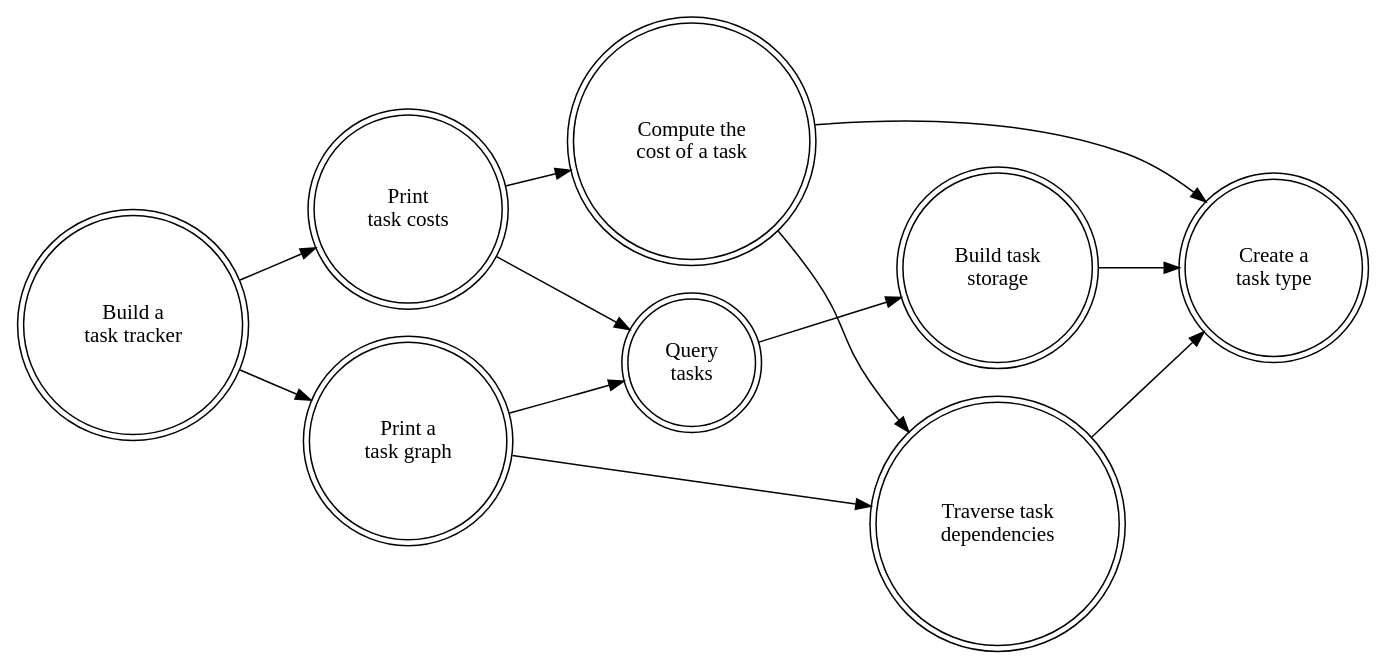
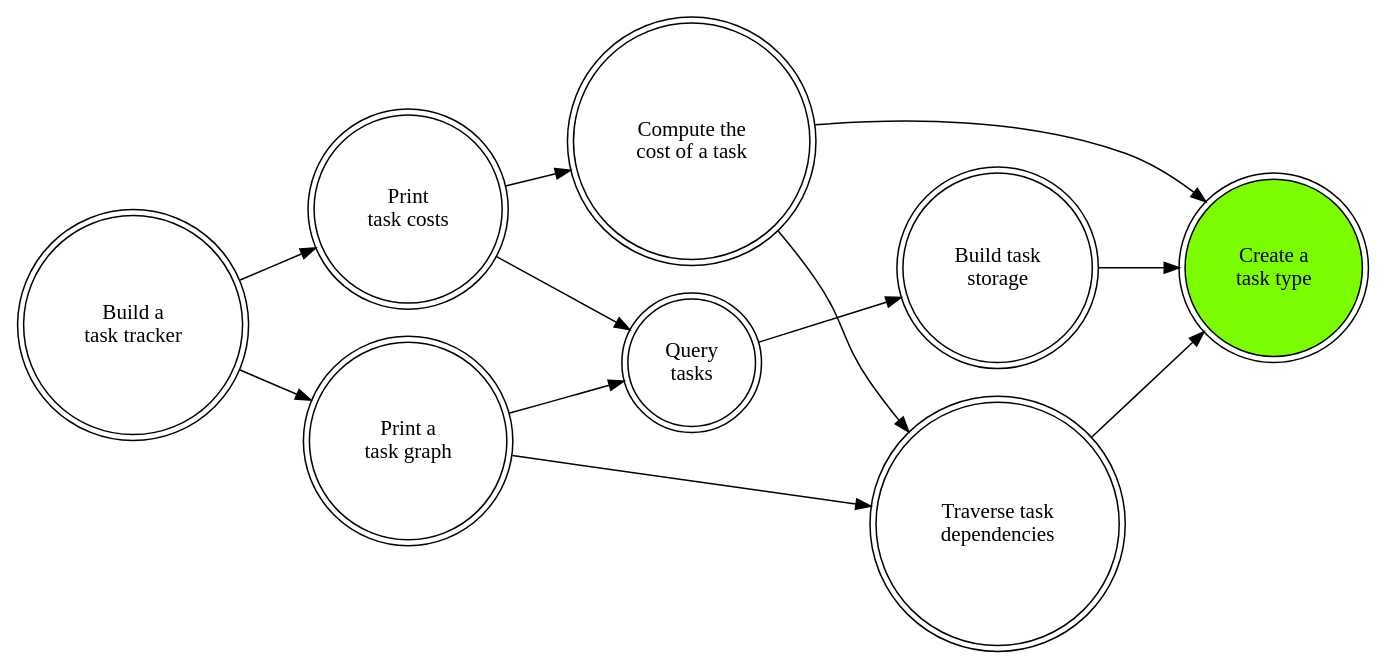
One commit to nuttycom/lc_winter-2018 changed the diagram in dags/tasks1.dot. Above: the diagram before and after it, drawn with Graphviz. The commit also changed other lines of this file and 9 other files, not shown here.

```diff
--- a/dags/tasks1.dot
+++ b/dags/tasks1.dot
@@ -1,24 +1,24 @@
 digraph G {
   rankdir="LR";
   node [shape=doublecircle]
   tt  [label="Build a\ntask tracker"]
-  ct  [label="Create a\ntask type"]
+  ct  [label="Create a\ntask type"; style="filled"; fillcolor="lawngreen"]
   ptg [label="Print a\ntask graph"]
   ptc [label="Print\ntask costs"]
   qt  [label="Query\ntasks"]
   bts [label="Build task\nstorage"]
   ctc [label="Compute the\ncost of a task"]
   ttd [label="Traverse task\ndependencies"]
 
   tt  -> ptg
   ptg -> qt
   qt  -> bts
   tt  -> ptc
   ptc -> qt
   ptc -> ctc
   ctc -> ct
   bts -> ct
   ptg -> ttd
   ttd -> ct
   ctc -> ttd
 }
```
